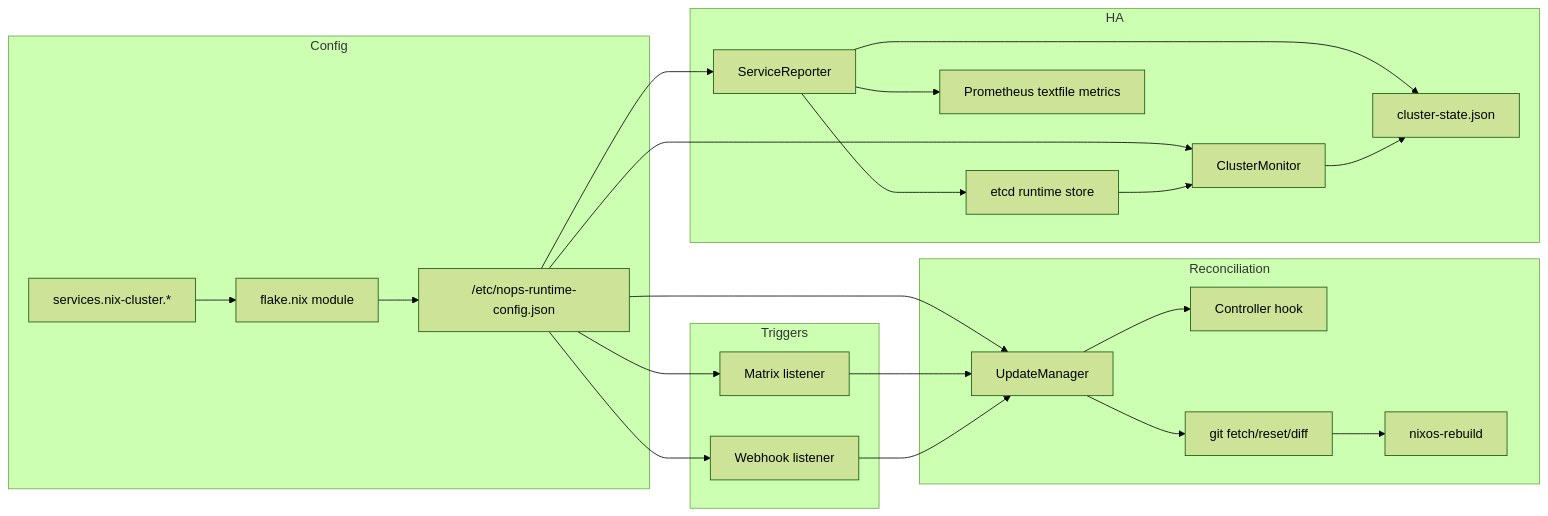
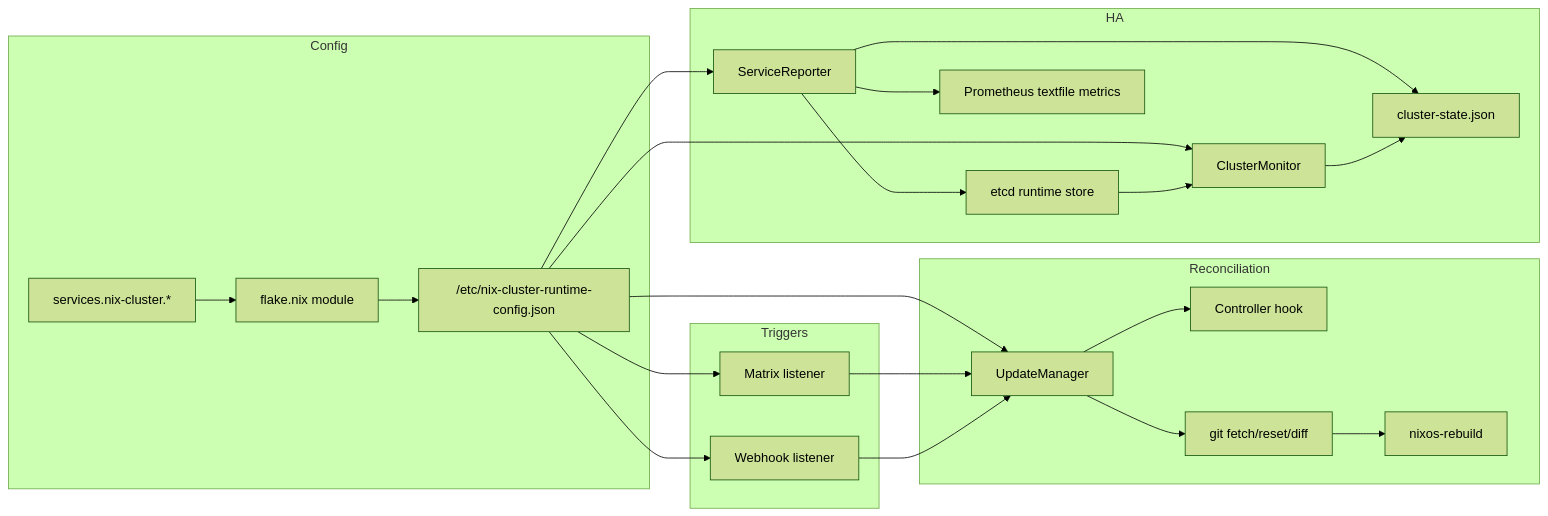
One commit to MossTeK/nix-cluster changed the first of 9 diagrams in docs/wiki/Architecture-and-Data-Flow.md. Above: the diagram before and after it, drawn with Mermaid (forest theme). The commit also changed other lines of this file and 32 other files, not shown here.

Commit message:
chore: update nix-cluster

````diff
--- a/docs/wiki/Architecture-and-Data-Flow.md
+++ b/docs/wiki/Architecture-and-Data-Flow.md
@@ -18,44 +18,44 @@
 ```mermaid
 flowchart LR
     subgraph Config
         A["services.nix-cluster.*"]
         B["flake.nix module"]
-        C["/etc/nops-runtime-config.json"]
+        C["/etc/nix-cluster-runtime-config.json"]
     end
 
     subgraph Triggers
         D["Matrix listener"]
         E["Webhook listener"]
     end
 
     subgraph Reconciliation
         F["UpdateManager"]
         G["Controller hook"]
         H["git fetch/reset/diff"]
         I["nixos-rebuild"]
     end
 
     subgraph HA
         J["ServiceReporter"]
         K["etcd runtime store"]
         L["ClusterMonitor"]
         M["Prometheus textfile metrics"]
         N["cluster-state.json"]
     end
 
     A --> B --> C
     C --> D
     C --> E
     C --> F
     C --> J
     C --> L
     D --> F
     E --> F
     F --> H --> I
     F --> G
     J --> K
     J --> M
     J --> N
     K --> L
     L --> N
 ```
````
